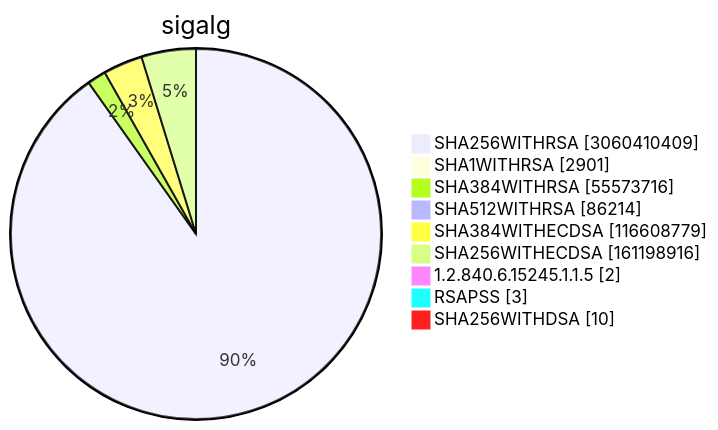
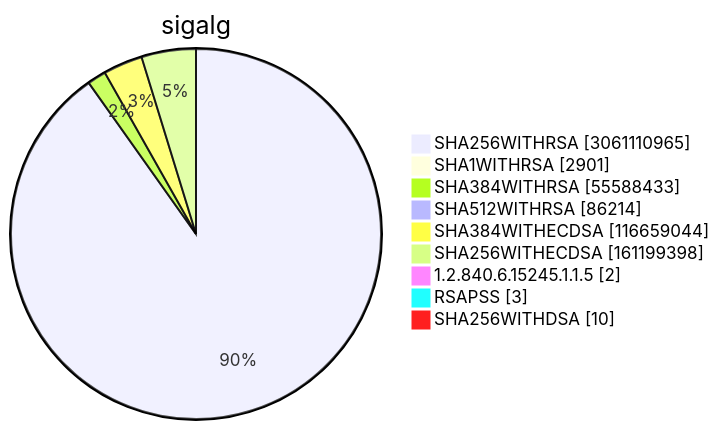
One commit to christiankrug/ctmonitor_visualization changed diagram 15 of 15 in TOTAL/README.md. Above: the diagram before and after it, drawn with Mermaid. The commit also changed other lines of this file, not shown here.

````diff
--- a/TOTAL/README.md
+++ b/TOTAL/README.md
@@ -6209,13 +6209,13 @@
 ```mermaid
 pie showData
 title sigalg
-"SHA256WITHRSA" :3060410409
+"SHA256WITHRSA" :3061110965
 "SHA1WITHRSA" :2901
-"SHA384WITHRSA" :55573716
+"SHA384WITHRSA" :55588433
 "SHA512WITHRSA" :86214
-"SHA384WITHECDSA" :116608779
-"SHA256WITHECDSA" :161198916
+"SHA384WITHECDSA" :116659044
+"SHA256WITHECDSA" :161199398
 "1.2.840.6.15245.1.1.5" :2
 "RSAPSS" :3
 "SHA256WITHDSA" :10
 ```
````
